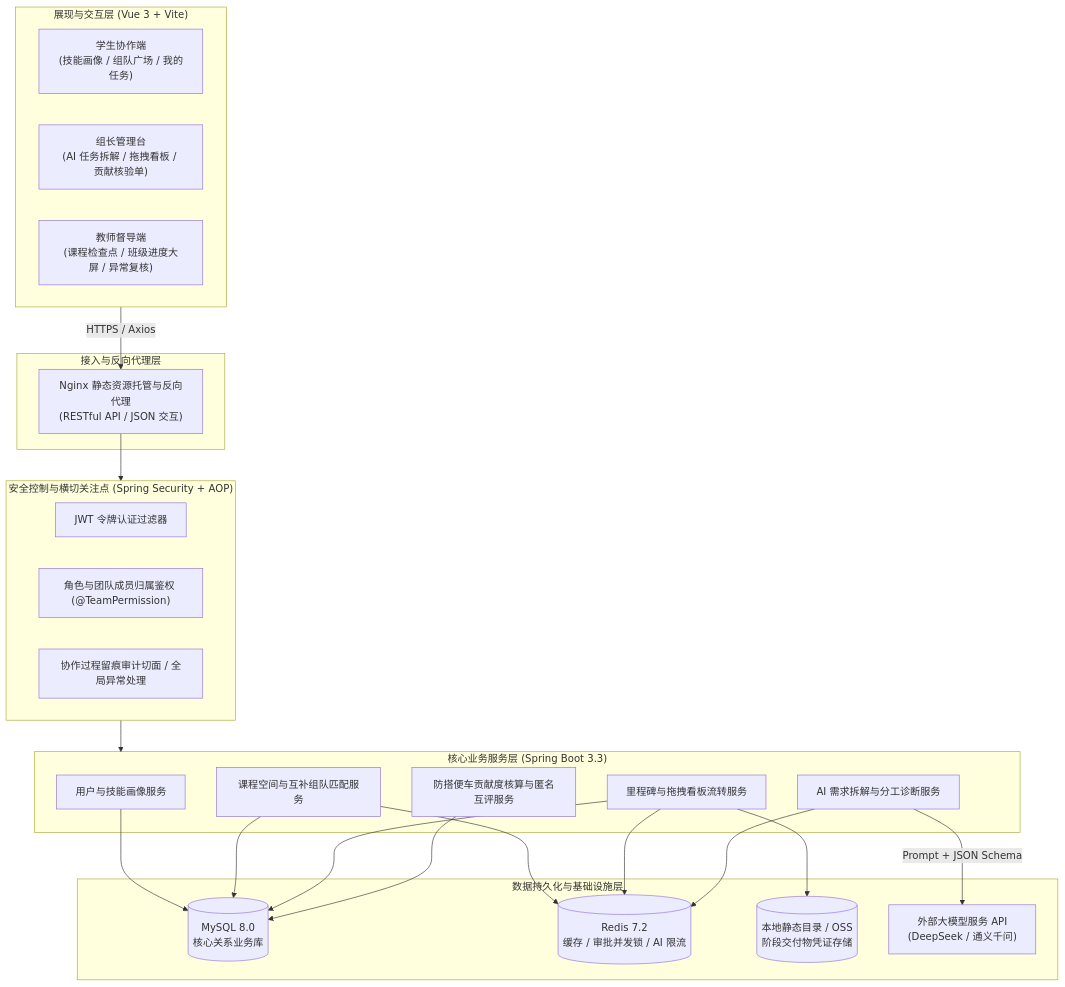
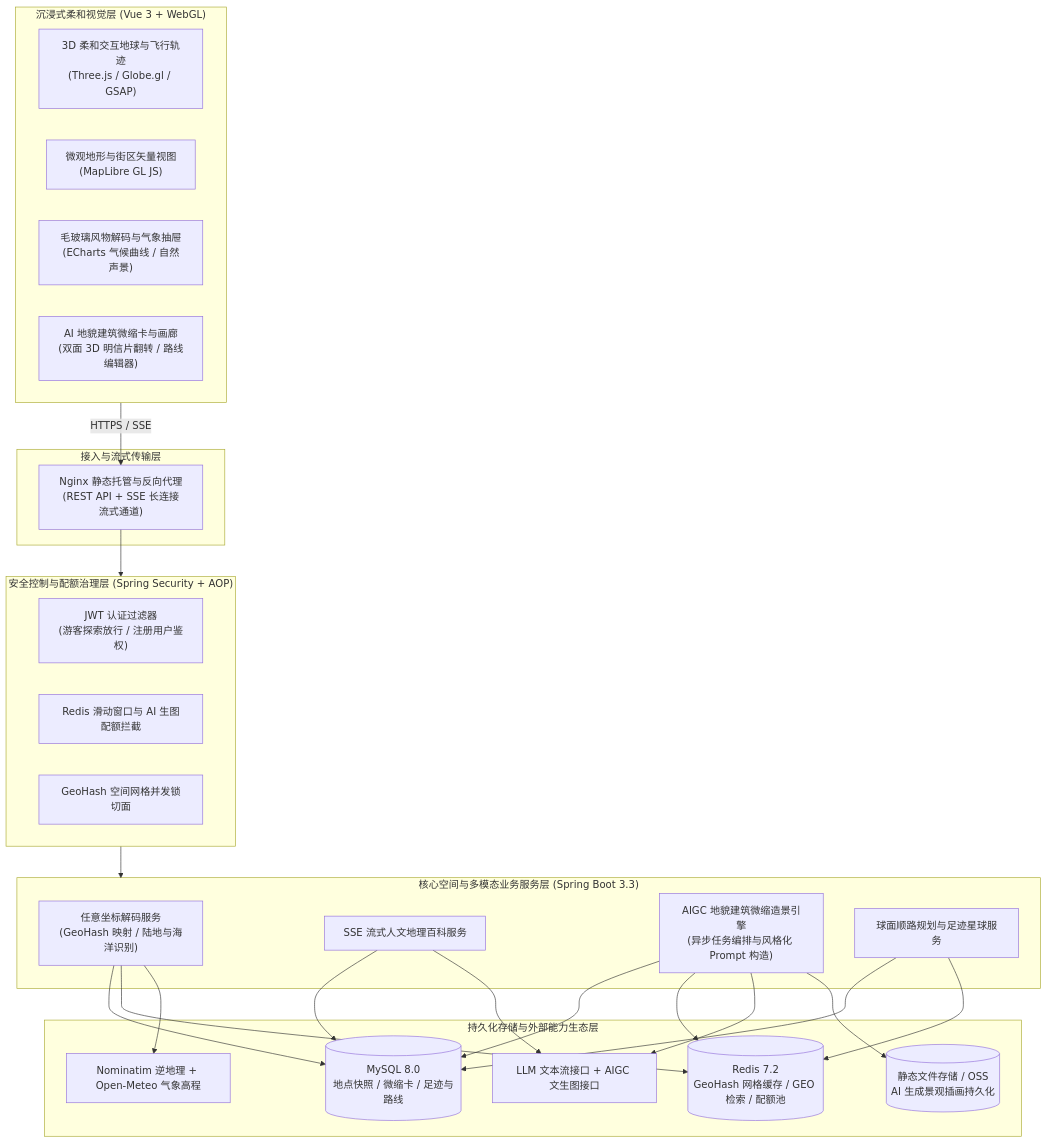
The first of 5 diagrams in 课程设计选题设计文档.md (Jiangsirui/web-course-design), drawn with Mermaid before and after one commit. The commit also changed other lines of this file and 1 other file, not shown here.

Commit message:
docs: 更新选题为 WanderSphere 全球智能旅行与AI地貌建筑探索地图

````diff
--- a/课程设计选题设计文档.md
+++ b/课程设计选题设计文档.md
@@ -91,41 +91,43 @@
 ```mermaid
 flowchart TB
-    subgraph Client["展现与交互层 (Vue 3 + Vite)"]
-        WebStu["学生协作端<br/>(技能画像 / 组队广场 / 我的任务)"]
-        WebLeader["组长管理台<br/>(AI 任务拆解 / 拖拽看板 / 贡献核验单)"]
-        WebTeacher["教师督导端<br/>(课程检查点 / 班级进度大屏 / 异常复核)"]
+    subgraph Client["沉浸式柔和视觉层 (Vue 3 + WebGL)"]
+        GlobeView["3D 柔和交互地球与飞行轨迹<br/>(Three.js / Globe.gl / GSAP)"]
+        MicroMap["微观地形与街区矢量视图<br/>(MapLibre GL JS)"]
+        GlassDrawer["毛玻璃风物解码与气象抽屉<br/>(ECharts 气候曲线 / 自然声景)"]
+        DioramaUI["AI 地貌建筑微缩卡与画廊<br/>(双面 3D 明信片翻转 / 路线编辑器)"]
     end
 
-    subgraph Gateway["接入与反向代理层"]
-        Nginx["Nginx 静态资源托管与反向代理<br/>(RESTful API / JSON 交互)"]
+    subgraph Gateway["接入与流式传输层"]
+        Proxy["Nginx 静态托管与反向代理<br/>(REST API + SSE 长连接流式通道)"]
     end
 
-    subgraph Security["安全控制与横切关注点 (Spring Security + AOP)"]
-        Auth["JWT 令牌认证过滤器"]
-        RBAC["角色与团队成员归属鉴权 (@TeamPermission)"]
-        Audit["协作过程留痕审计切面 / 全局异常处理"]
+    subgraph Security["安全控制与配额治理层 (Spring Security + AOP)"]
+        JwtFilter["JWT 认证过滤器<br/>(游客探索放行 / 注册用户鉴权)"]
+        RateLimit["Redis 滑动窗口与 AI 生图配额拦截"]
+        GeoLock["GeoHash 空间网格并发锁切面"]
     end
 
-    subgraph Service["核心业务服务层 (Spring Boot 3.3)"]
-        UserSvc["用户与技能画像服务"]
-        MatchSvc["课程空间与互补组队匹配服务"]
-        KanbanSvc["里程碑与拖拽看板流转服务"]
-        EvalSvc["防搭便车贡献度核算与匿名互评服务"]
-        AISvc["AI 需求拆解与分工诊断服务"]
+    subgraph Service["核心空间与多模态业务服务层 (Spring Boot 3.3)"]
+        GeoCoordSvc["任意坐标解码服务<br/>(GeoHash 映射 / 陆地与海洋识别)"]
+        LoreStreamSvc["SSE 流式人文地理百科服务"]
+        DioramaGenSvc["AIGC 地貌建筑微缩造景引擎<br/>(异步任务编排与风格化 Prompt 构造)"]
+        RoutePlanSvc["球面顺路规划与足迹星球服务"]
     end
 
-    subgraph Infra["数据持久化与基础设施层"]
-        MySQL[("MySQL 8.0<br/>核心关系业务库")]
-        Redis[("Redis 7.2<br/>缓存 / 审批并发锁 / AI 限流")]
-        Storage[("本地静态目录 / OSS<br/>阶段交付物凭证存储")]
-        LLM["外部大模型服务 API<br/>(DeepSeek / 通义千问)"]
+    subgraph Infra["持久化存储与外部能力生态层"]
+        MySQL[("MySQL 8.0<br/>地点快照 / 微缩卡 / 足迹与路线")]
+        Redis[("Redis 7.2<br/>GeoHash 网格缓存 / GEO 检索 / 配额池")]
+        ObjStore[("静态文件存储 / OSS<br/>AI 生成景观插画持久化")]
+        GeoAPIs["Nominatim 逆地理 + Open-Meteo 气象高程"]
+        AIAPIs["LLM 文本流接口 + AIGC 文生图接口"]
     end
 
-    Client -->|"HTTPS / Axios"| Nginx
-    Nginx --> Security
+    Client -->|"HTTPS / SSE"| Proxy
+    Proxy --> Security
     Security --> Service
-    UserSvc & MatchSvc & KanbanSvc & EvalSvc --> MySQL
-    MatchSvc & KanbanSvc & AISvc --> Redis
-    KanbanSvc --> Storage
-    AISvc -->|"Prompt + JSON Schema"| LLM
+    GeoCoordSvc & LoreStreamSvc & DioramaGenSvc & RoutePlanSvc --> MySQL
+    GeoCoordSvc & DioramaGenSvc & RoutePlanSvc --> Redis
+    GeoCoordSvc --> GeoAPIs
+    LoreStreamSvc & DioramaGenSvc --> AIAPIs
+    DioramaGenSvc --> ObjStore
 ```
````
